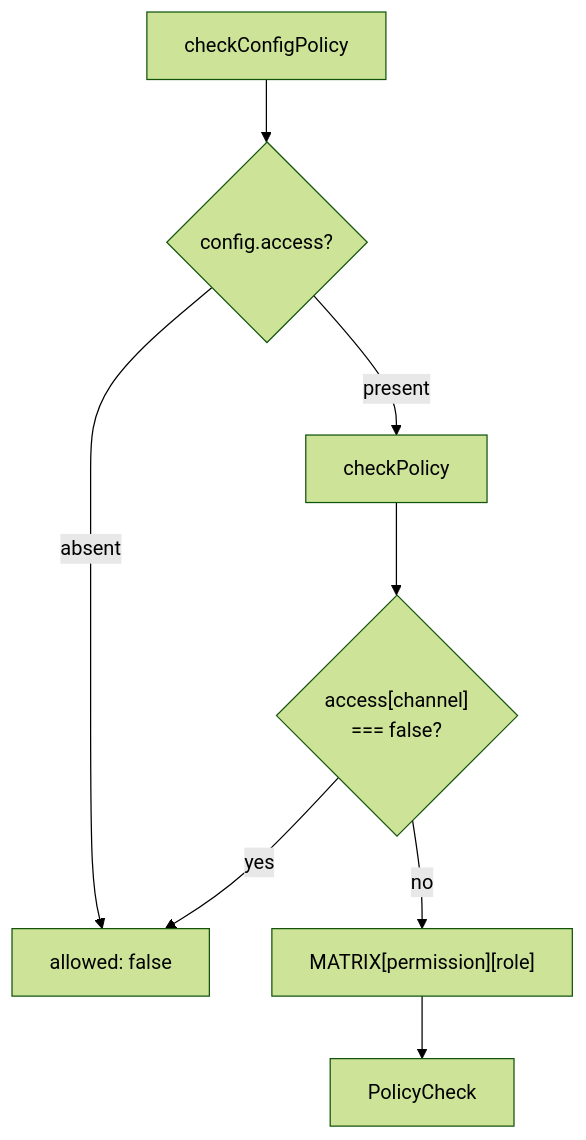
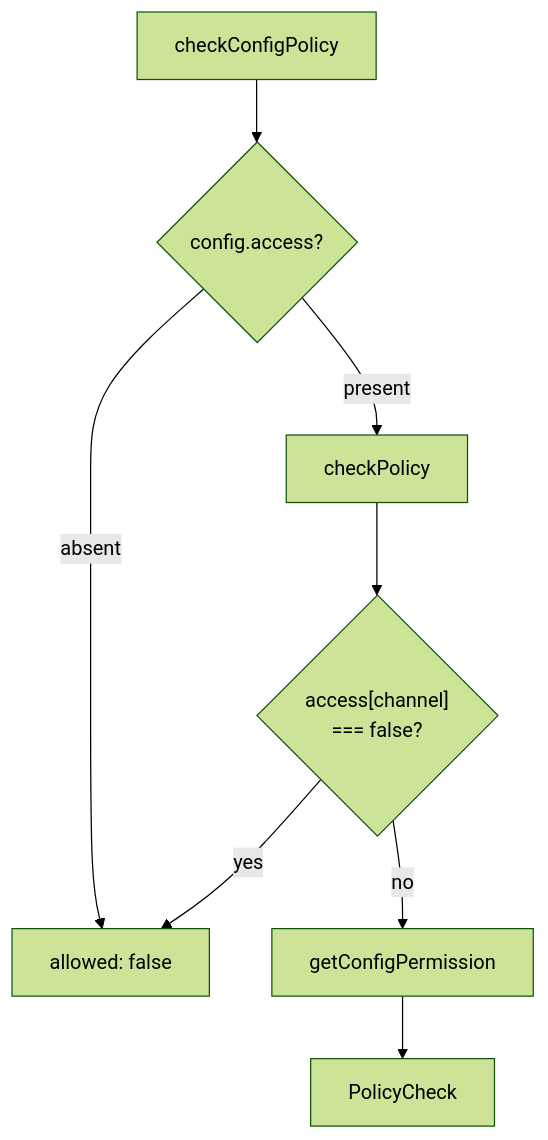
One commit to noormdev/noorm changed the first of 5 diagrams in docs/wiki/core-policy.md. Above: the diagram before and after it, drawn with Mermaid (forest theme). The commit also changed other lines of this file and 349 other files, not shown here.

````diff
--- a/docs/wiki/core-policy.md
+++ b/docs/wiki/core-policy.md
@@ -18,11 +20,11 @@
 ```mermaid
 flowchart TD
     %% source: src/core/policy/check.ts, src/core/policy/matrix.ts
     C["checkConfigPolicy"] --> A{"config.access?"}
     A -->|absent| D["allowed: false"]
     A -->|present| P["checkPolicy"]
     P --> R{"access[channel]<br/>=== false?"}
     R -->|yes| D
-    R -->|no| M["MATRIX[permission][role]"]
+    R -->|no| M["getConfigPermission"]
     M --> K["PolicyCheck"]
 ```
````
